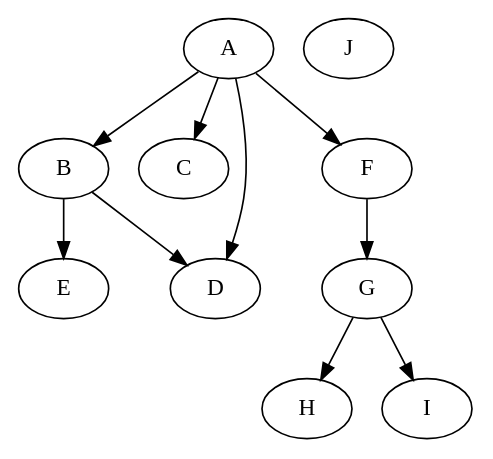
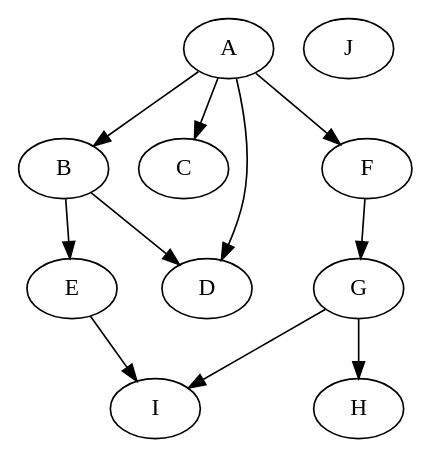
One commit to Zhaojia-Liang/CST499-OAOCR changed the diagram in BigSample.dot. Above: the diagram before and after it, drawn with Graphviz. The commit also changed 4 other files, not shown here.

```diff
--- a/BigSample.dot
+++ b/BigSample.dot
@@ -1,21 +1,22 @@
 digraph my_graph {
 A;
 B;
 C;
 D;
 E;
 F;
 G;
 H;
 I;
 J;
 A -> B;
 A -> C;
 B -> D;
 B -> E;
 A -> D;
 A -> F;
 F -> G;
 G -> I;
 G -> H;
+E -> I;
 }
```
